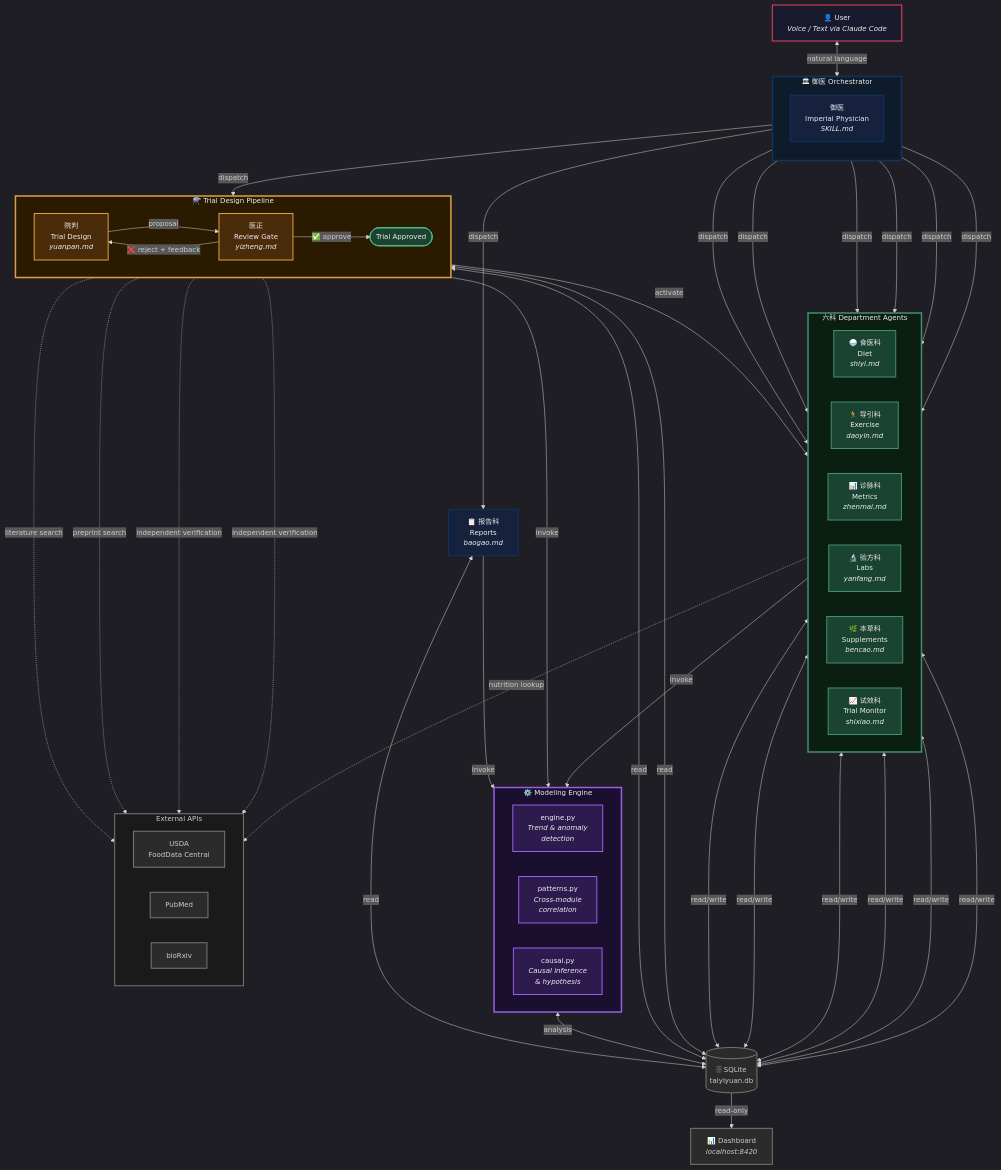
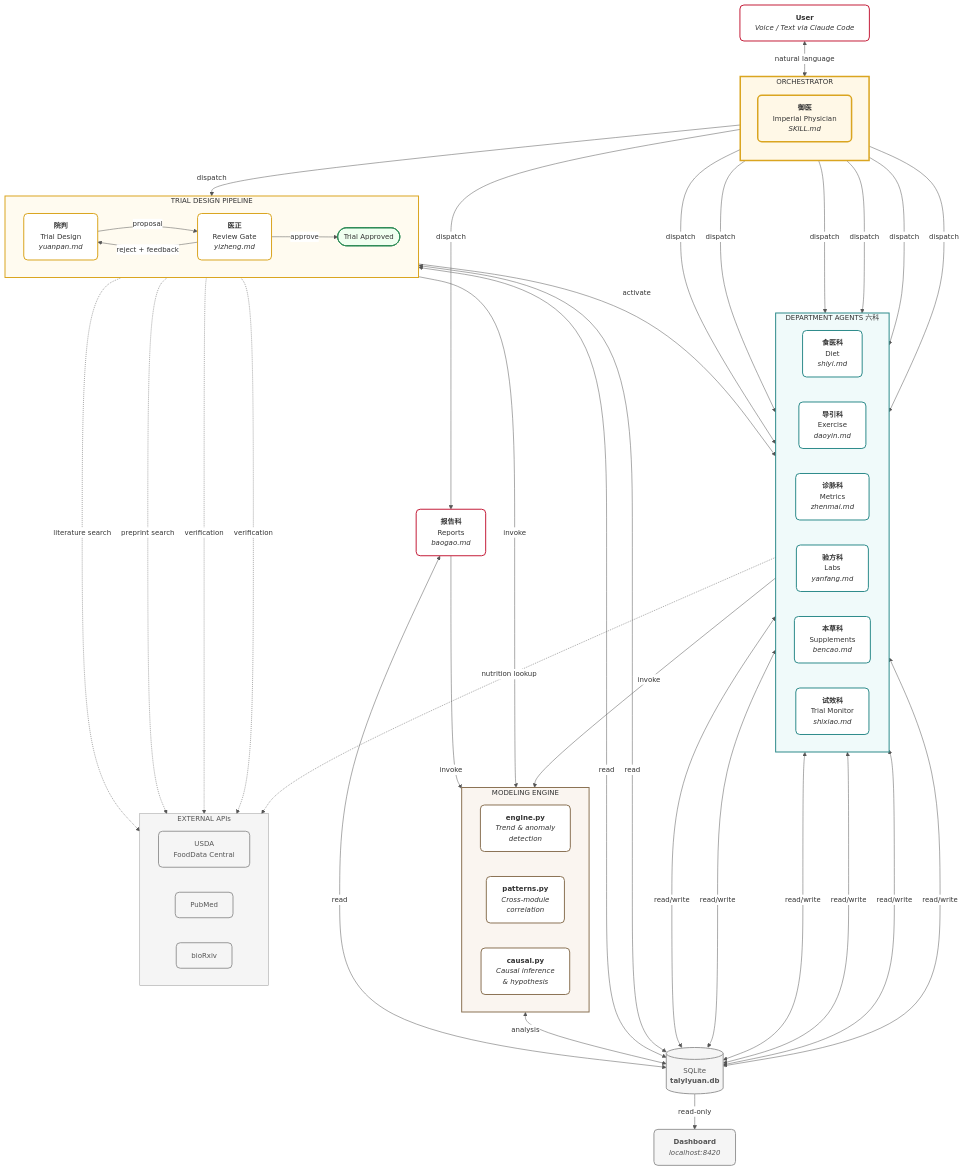
One commit to ikheet7734/longevity-os changed the diagram in docs/architecture.mmd. Above: the diagram before and after it, drawn with Mermaid. The commit also changed 33 other files, not shown here.

First line of the commit message:
Light theme dashboard, EN/CN toggle, separate READMEs, demo outputs

```diff
--- a/docs/architecture.mmd
+++ b/docs/architecture.mmd
@@ -1,121 +1,140 @@
-%%{init: {'theme': 'dark', 'themeVariables': { 'fontSize': '14px' }}}%%
+%%{init: {
+  'theme': 'base',
+  'themeVariables': {
+    'fontSize': '14px',
+    'fontFamily': 'system-ui, -apple-system, sans-serif',
+    'primaryColor': '#FFFFFF',
+    'primaryBorderColor': '#DAA520',
+    'primaryTextColor': '#333333',
+    'lineColor': '#555555',
+    'secondaryColor': '#FFF8E7',
+    'tertiaryColor': '#F5F5F5',
+    'background': '#FFFFFF',
+    'mainBkg': '#FFFFFF',
+    'nodeBorder': '#DAA520',
+    'clusterBkg': '#FAFAFA',
+    'clusterBorder': '#CCCCCC',
+    'titleColor': '#333333',
+    'edgeLabelBackground': '#FFFFFF'
+  }
+}}%%
 graph TB
     %% ── User ──
-    User["👤 User<br/><i>Voice / Text via Claude Code</i>"]
+    User["<b>User</b><br/><i>Voice / Text via Claude Code</i>"]
 
     %% ── Orchestrator ──
-    subgraph ORCH["🏛 御医 Orchestrator"]
+    subgraph ORCH["ORCHESTRATOR"]
         direction TB
-        Yuyi["御医<br/>Imperial Physician<br/><i>SKILL.md</i>"]
+        Yuyi["<b>御医</b><br/>Imperial Physician<br/><i>SKILL.md</i>"]
     end
 
     %% ── Department Agents ──
-    subgraph DEPTS["六科 Department Agents"]
+    subgraph DEPTS["DEPARTMENT AGENTS  六科"]
         direction LR
-        Shiyi["🍚 食医科<br/>Diet<br/><i>shiyi.md</i>"]
-        Daoyin["🏃 导引科<br/>Exercise<br/><i>daoyin.md</i>"]
-        Zhenmai["📊 诊脉科<br/>Metrics<br/><i>zhenmai.md</i>"]
-        Yanfang["🔬 验方科<br/>Labs<br/><i>yanfang.md</i>"]
-        Bencao["🌿 本草科<br/>Supplements<br/><i>bencao.md</i>"]
-        Shixiao["📈 试效科<br/>Trial Monitor<br/><i>shixiao.md</i>"]
+        Shiyi["<b>食医科</b><br/>Diet<br/><i>shiyi.md</i>"]
+        Daoyin["<b>导引科</b><br/>Exercise<br/><i>daoyin.md</i>"]
+        Zhenmai["<b>诊脉科</b><br/>Metrics<br/><i>zhenmai.md</i>"]
+        Yanfang["<b>验方科</b><br/>Labs<br/><i>yanfang.md</i>"]
+        Bencao["<b>本草科</b><br/>Supplements<br/><i>bencao.md</i>"]
+        Shixiao["<b>试效科</b><br/>Trial Monitor<br/><i>shixiao.md</i>"]
     end
 
     %% ── Trial Pipeline ──
-    subgraph TRIAL["⚗️ Trial Design Pipeline"]
+    subgraph TRIAL["TRIAL DESIGN PIPELINE"]
         direction LR
-        Yuanpan["院判<br/>Trial Design<br/><i>yuanpan.md</i>"]
-        Yizheng["医正<br/>Review Gate<br/><i>yizheng.md</i>"]
+        Yuanpan["<b>院判</b><br/>Trial Design<br/><i>yuanpan.md</i>"]
+        Yizheng["<b>医正</b><br/>Review Gate<br/><i>yizheng.md</i>"]
         Yuanpan -->|"proposal"| Yizheng
-        Yizheng -->|"✅ approve"| Approved(["Trial Approved"])
-        Yizheng -->|"❌ reject + feedback"| Yuanpan
+        Yizheng -->|"approve"| Approved(["Trial Approved"])
+        Yizheng -->|"reject + feedback"| Yuanpan
     end
 
     %% ── Reports ──
-    Baogao["📋 报告科<br/>Reports<br/><i>baogao.md</i>"]
+    Baogao["<b>报告科</b><br/>Reports<br/><i>baogao.md</i>"]
 
     %% ── Modeling Engine ──
-    subgraph ENGINE["⚙️ Modeling Engine"]
+    subgraph ENGINE["MODELING ENGINE"]
         direction LR
-        EngineMain["engine.py<br/><i>Trend & anomaly<br/>detection</i>"]
-        Patterns["patterns.py<br/><i>Cross-module<br/>correlation</i>"]
-        Causal["causal.py<br/><i>Causal inference<br/>& hypothesis</i>"]
+        EngineMain["<b>engine.py</b><br/><i>Trend & anomaly<br/>detection</i>"]
+        Patterns["<b>patterns.py</b><br/><i>Cross-module<br/>correlation</i>"]
+        Causal["<b>causal.py</b><br/><i>Causal inference<br/>& hypothesis</i>"]
     end
 
     %% ── Infrastructure ──
-    DB[("🗄 SQLite<br/>taiyiyuan.db")]
-    Dashboard["📊 Dashboard<br/><i>localhost:8420</i>"]
+    DB[("SQLite<br/><b>taiyiyuan.db</b>")]
+    Dashboard["<b>Dashboard</b><br/><i>localhost:8420</i>"]
 
-    subgraph APIS["External APIs"]
+    subgraph APIS["EXTERNAL APIs"]
         direction LR
         USDA["USDA<br/>FoodData Central"]
         PubMed["PubMed"]
         BioRxiv["bioRxiv"]
     end
 
-    %% ── Connections: User ↔ Orchestrator ──
+    %% ── Connections: User <-> Orchestrator ──
     User <-->|"natural language"| Yuyi
 
-    %% ── Connections: Orchestrator → Agents ──
+    %% ── Connections: Orchestrator -> Agents ──
     Yuyi -->|"dispatch"| Shiyi
     Yuyi -->|"dispatch"| Daoyin
     Yuyi -->|"dispatch"| Zhenmai
     Yuyi -->|"dispatch"| Yanfang
     Yuyi -->|"dispatch"| Bencao
     Yuyi -->|"dispatch"| Shixiao
     Yuyi -->|"dispatch"| Yuanpan
     Yuyi -->|"dispatch"| Baogao
 
-    %% ── Connections: Agents → DB ──
+    %% ── Connections: Agents -> DB ──
     Shiyi <-->|"read/write"| DB
     Daoyin <-->|"read/write"| DB
     Zhenmai <-->|"read/write"| DB
     Yanfang <-->|"read/write"| DB
     Bencao <-->|"read/write"| DB
     Shixiao <-->|"read/write"| DB
     Yuanpan <-->|"read"| DB
     Yizheng <-->|"read"| DB
     Baogao <-->|"read"| DB
 
     %% ── Connections: Modeling Engine ──
     ENGINE <-->|"analysis"| DB
     Baogao -->|"invoke"| ENGINE
     Yuanpan -->|"invoke"| ENGINE
     Shixiao -->|"invoke"| ENGINE
 
     %% ── Connections: External APIs ──
     Shiyi -.->|"nutrition lookup"| USDA
     Yuanpan -.->|"literature search"| PubMed
     Yuanpan -.->|"preprint search"| BioRxiv
-    Yizheng -.->|"independent verification"| PubMed
-    Yizheng -.->|"independent verification"| BioRxiv
+    Yizheng -.->|"verification"| PubMed
+    Yizheng -.->|"verification"| BioRxiv
 
     %% ── Dashboard ──
     DB -->|"read-only"| Dashboard
 
     %% ── Trial Pipeline Result ──
     Approved -->|"activate"| Shixiao
 
     %% ── Styles ──
-    classDef userStyle fill:#1a1a2e,stroke:#e94560,stroke-width:2px,color:#eee
-    classDef orchStyle fill:#16213e,stroke:#0f3460,stroke-width:2px,color:#eee
-    classDef deptStyle fill:#1b4332,stroke:#40916c,stroke-width:2px,color:#eee
-    classDef trialStyle fill:#4a2c0a,stroke:#e09f3e,stroke-width:2px,color:#eee
-    classDef engineStyle fill:#2d1b4e,stroke:#9b5de5,stroke-width:2px,color:#eee
-    classDef infraStyle fill:#2b2b2b,stroke:#777,stroke-width:2px,color:#ccc
-    classDef reportStyle fill:#16213e,stroke:#0f3460,stroke-width:2px,color:#eee
-    classDef approvedStyle fill:#1b4332,stroke:#52b788,stroke-width:2px,color:#eee
+    classDef userStyle fill:#FFFFFF,stroke:#C41E3A,stroke-width:2px,color:#333333,rx:8,ry:8
+    classDef orchStyle fill:#FFF8E7,stroke:#DAA520,stroke-width:3px,color:#333333,rx:8,ry:8
+    classDef deptStyle fill:#FFFFFF,stroke:#2E8B8B,stroke-width:2px,color:#333333,rx:8,ry:8
+    classDef trialStyle fill:#FFFFFF,stroke:#DAA520,stroke-width:2px,color:#333333,rx:8,ry:8
+    classDef engineStyle fill:#FFFFFF,stroke:#8B7355,stroke-width:2px,color:#333333,rx:8,ry:8
+    classDef infraStyle fill:#F5F5F5,stroke:#999999,stroke-width:2px,color:#555555,rx:8,ry:8
+    classDef reportStyle fill:#FFFFFF,stroke:#C41E3A,stroke-width:2px,color:#333333,rx:8,ry:8
+    classDef approvedStyle fill:#F0FFF0,stroke:#2E8B57,stroke-width:2px,color:#333333,rx:8,ry:8
 
     class User userStyle
     class Yuyi orchStyle
     class Shiyi,Daoyin,Zhenmai,Yanfang,Bencao,Shixiao deptStyle
     class Yuanpan,Yizheng trialStyle
     class EngineMain,Patterns,Causal engineStyle
     class DB,Dashboard,USDA,PubMed,BioRxiv infraStyle
     class Baogao reportStyle
     class Approved approvedStyle
 
-    style ORCH fill:#0d1b2a,stroke:#0f3460,stroke-width:3px,color:#eee
-    style DEPTS fill:#0a1f12,stroke:#40916c,stroke-width:3px,color:#eee
-    style TRIAL fill:#2a1a00,stroke:#e09f3e,stroke-width:3px,color:#eee
-    style ENGINE fill:#1a0f2e,stroke:#9b5de5,stroke-width:3px,color:#eee
-    style APIS fill:#1a1a1a,stroke:#777,stroke-width:2px,color:#ccc
+    style ORCH fill:#FFF8E7,stroke:#DAA520,stroke-width:3px,color:#333333
+    style DEPTS fill:#F0FAFA,stroke:#2E8B8B,stroke-width:2px,color:#333333
+    style TRIAL fill:#FFFBF0,stroke:#DAA520,stroke-width:2px,color:#333333
+    style ENGINE fill:#FAF5F0,stroke:#8B7355,stroke-width:2px,color:#333333
+    style APIS fill:#F5F5F5,stroke:#999999,stroke-width:1px,color:#555555
```
